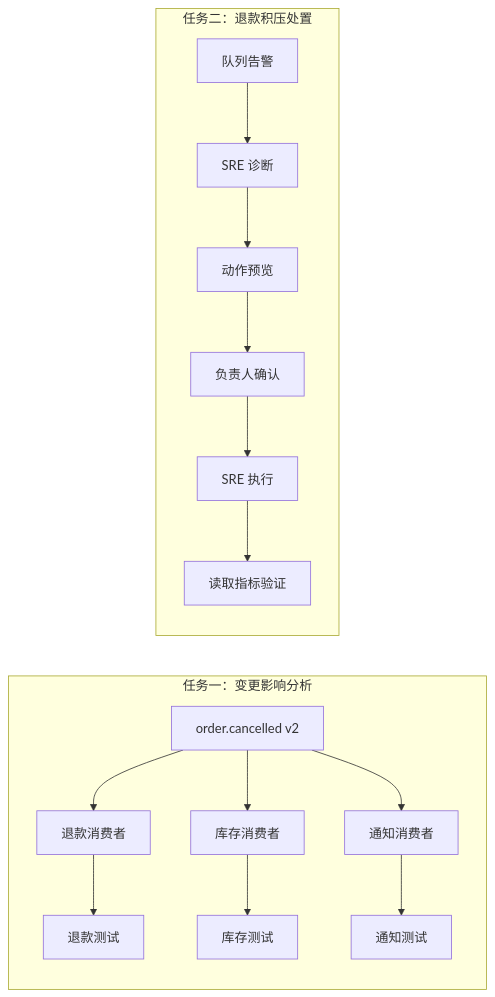
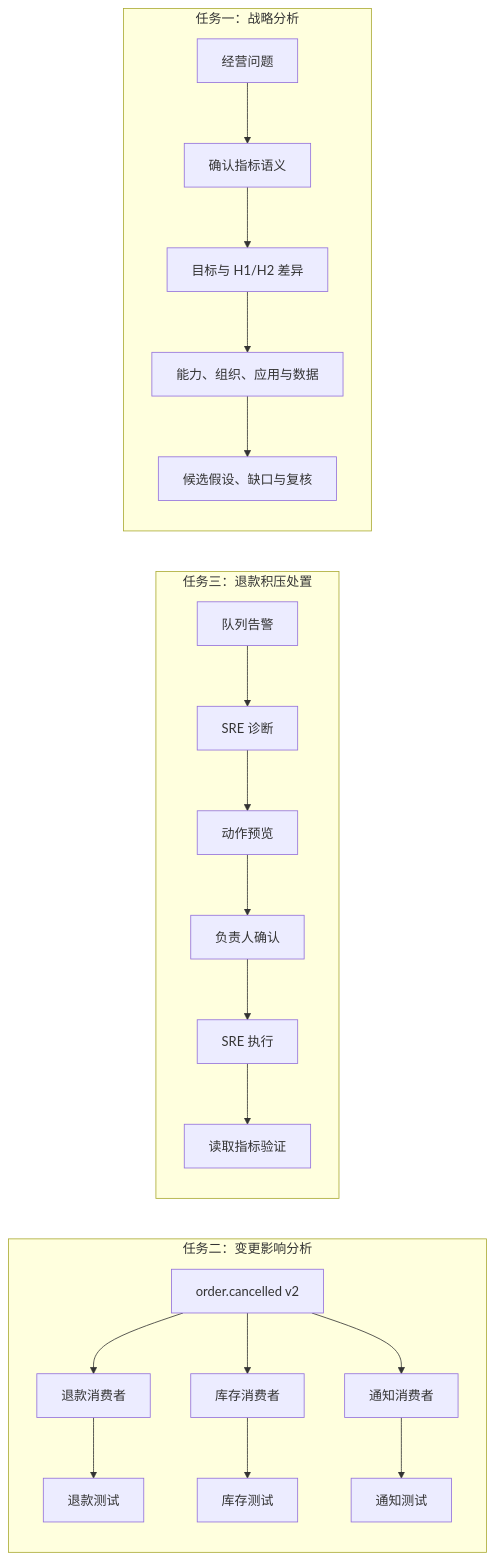
The first of 2 diagrams in book/part-4/chapter-14.md (LENSHOOD/enterprise-context-book), drawn with Mermaid before and after one commit. The commit also changed other lines of this file and 50 other files, not shown here.

````diff
--- a/book/part-4/chapter-14.md
+++ b/book/part-4/chapter-14.md
@@ -13,18 +13,24 @@
 ```mermaid
 flowchart LR
-  subgraph Change[任务一：变更影响分析]
+  subgraph Change[任务二：变更影响分析]
     E[order.cancelled v2] --> C1[退款消费者]
     E --> C2[库存消费者]
     E --> C3[通知消费者]
     C1 --> T1[退款测试]
     C2 --> T2[库存测试]
     C3 --> T3[通知测试]
   end
-  subgraph Incident[任务二：退款积压处置]
+  subgraph Incident[任务三：退款积压处置]
     A[队列告警] --> S[SRE 诊断]
     S --> P[动作预览]
     P --> I[负责人确认]
     I --> X[SRE 执行]
     X --> V[读取指标验证]
   end
+  subgraph Strategy[任务一：战略分析]
+    Q[经营问题] --> M[确认指标语义]
+    M --> D[目标与 H1/H2 差异]
+    D --> B[能力、组织、应用与数据]
+    B --> H[候选假设、缺口与复核]
+  end
 ```
````
